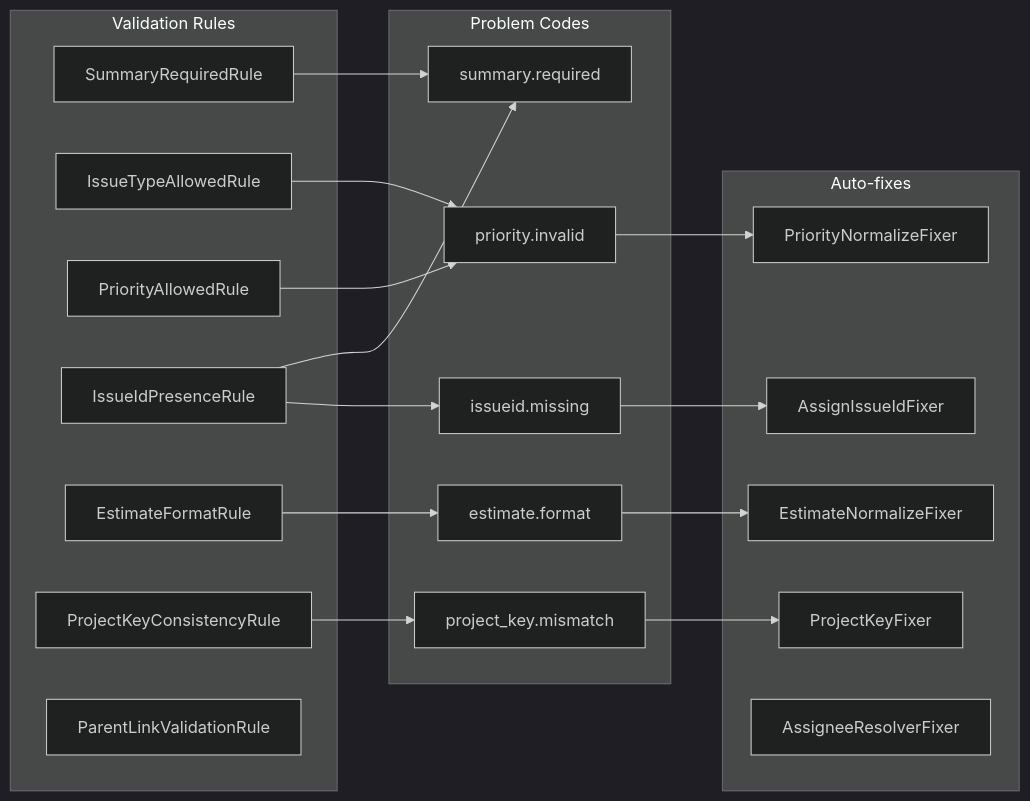
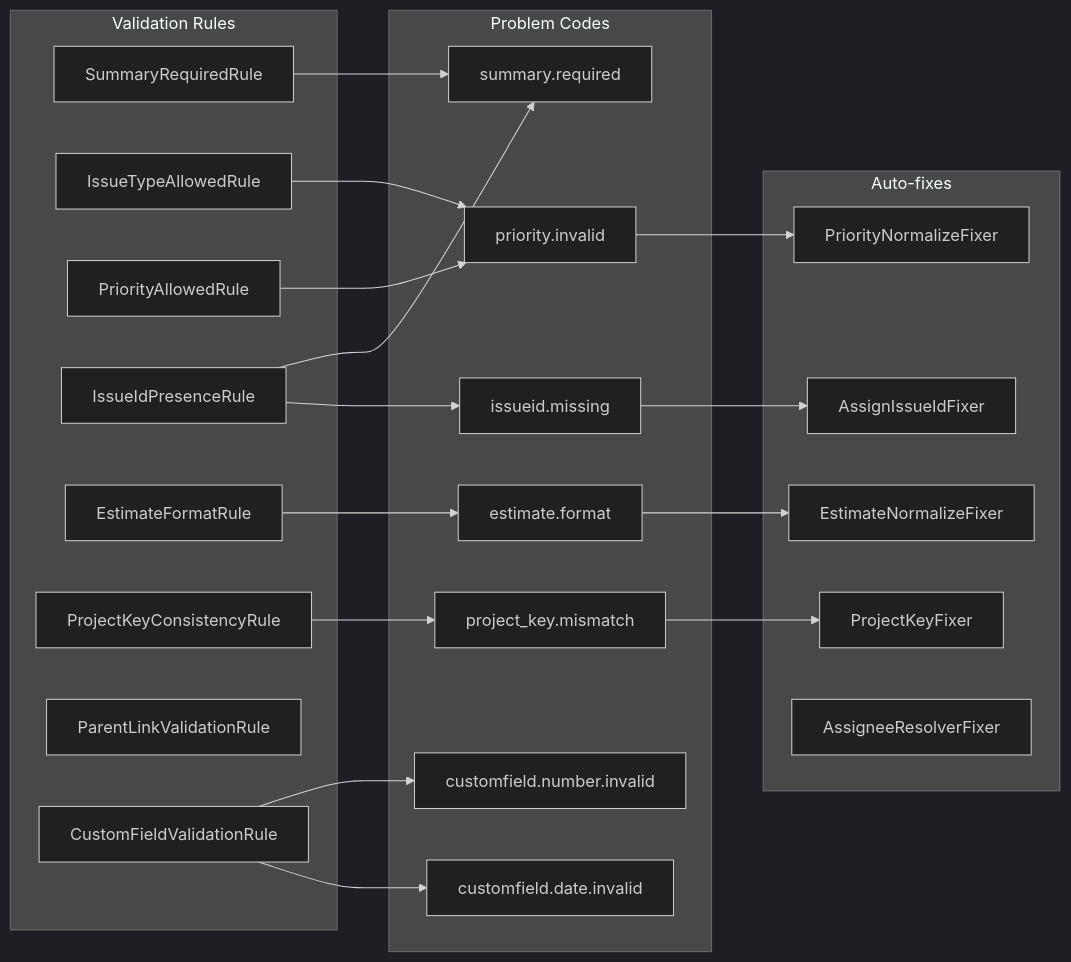
Before and after one commit to DeerHide/jira-toolkit: the fifth of 6 diagrams in docs/ARCHITECTURE.md, drawn with Mermaid (dark theme). The commit also changed other lines of this file and 5 other files, not shown here.

````diff
--- a/docs/ARCHITECTURE.md
+++ b/docs/ARCHITECTURE.md
@@ -328,41 +328,46 @@
 ```mermaid
 graph LR
     subgraph "Validation Rules"
         A1[SummaryRequiredRule]
         A2[IssueTypeAllowedRule]
         A3[PriorityAllowedRule]
         A4[IssueIdPresenceRule]
         A5[EstimateFormatRule]
         A6[ProjectKeyConsistencyRule]
         A7[ParentLinkValidationRule]
+        A8[CustomFieldValidationRule]
     end
 
     subgraph "Auto-fixes"
         B1[PriorityNormalizeFixer]
         B2[EstimateNormalizeFixer]
         B3[ProjectKeyFixer]
         B4[AssignIssueIdFixer]
         B5[AssigneeResolverFixer]
     end
 
     subgraph "Problem Codes"
         C1[summary.required]
         C2[priority.invalid]
         C3[estimate.format]
         C4[project_key.mismatch]
         C5[issueid.missing]
+        C6[customfield.number.invalid]
+        C7[customfield.date.invalid]
     end
 
     A1 --> C1
     A2 --> C2
     A3 --> C2
     A4 --> C1
     A5 --> C3
     A6 --> C4
     A4 --> C5
+    A8 --> C6
+    A8 --> C7
 
     C2 --> B1
     C3 --> B2
     C4 --> B3
     C5 --> B4
 ```
````
